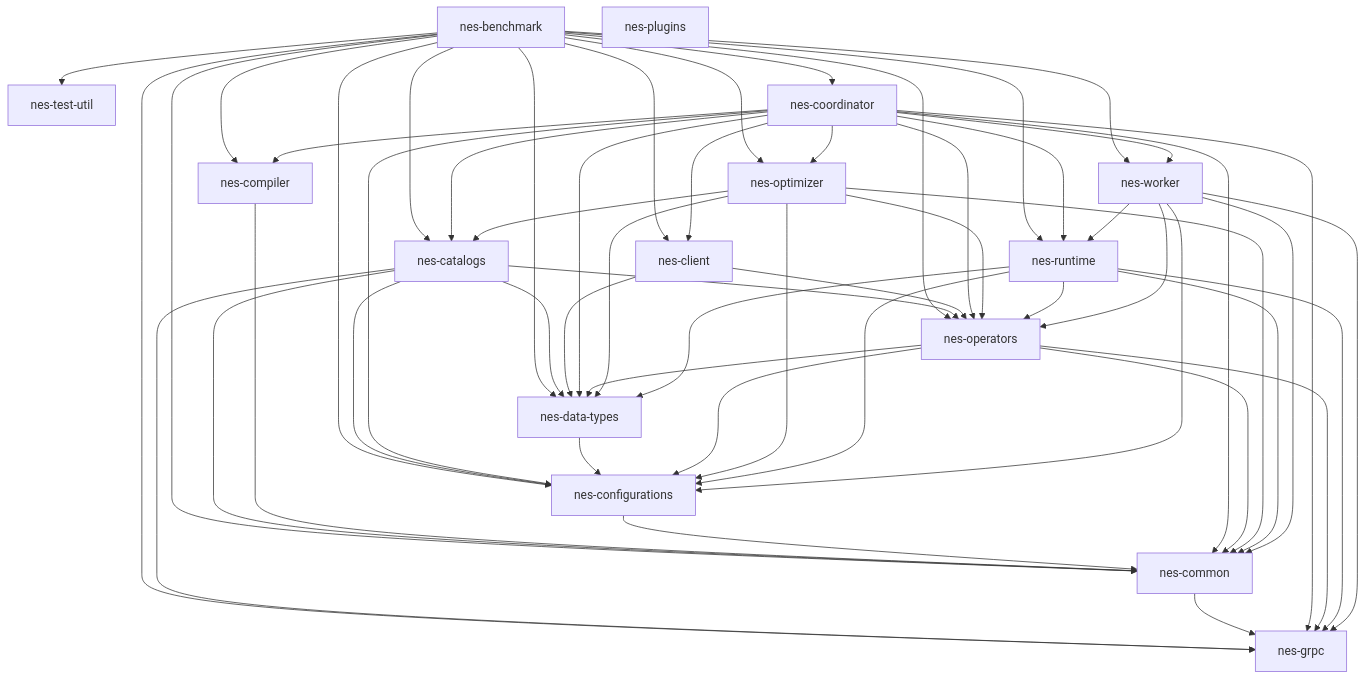
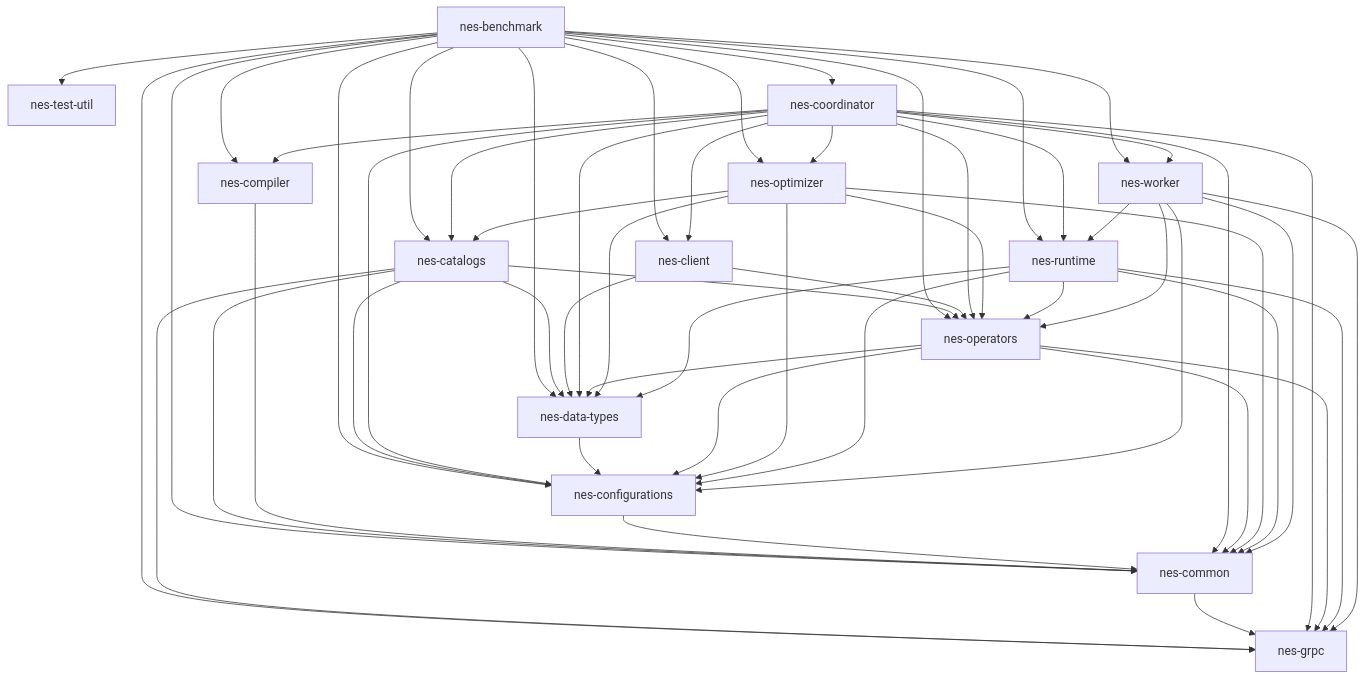
One commit to nebulastream/nebulastream changed the diagram in README.md. Above: the diagram before and after it, drawn with Mermaid. The commit also changed other lines of this file and 1107 other files, not shown here.

````diff
--- a/README.md
+++ b/README.md
@@ -42,58 +42,57 @@
 ```mermaid
 graph TD;
 nes-benchmark-->nes-common
 nes-benchmark-->nes-data-types
 nes-benchmark-->nes-operators
 nes-benchmark-->nes-grpc
 nes-benchmark-->nes-catalogs
 nes-benchmark-->nes-optimizer
 nes-benchmark-->nes-compiler
 nes-benchmark-->nes-runtime
 nes-benchmark-->nes-test-util
 nes-benchmark-->nes-client
 nes-benchmark-->nes-coordinator
 nes-benchmark-->nes-worker
 nes-benchmark-->nes-configurations
 nes-catalogs-->nes-common
 nes-catalogs-->nes-grpc
 nes-catalogs-->nes-data-types
 nes-catalogs-->nes-operators
 nes-catalogs-->nes-configurations
 nes-client-->nes-data-types
 nes-client-->nes-operators
 nes-common-->nes-grpc
 nes-compiler-->nes-common
 nes-configurations-->nes-common
 nes-coordinator-->nes-common
 nes-coordinator-->nes-grpc
 nes-coordinator-->nes-operators
 nes-coordinator-->nes-compiler
 nes-coordinator-->nes-catalogs
 nes-coordinator-->nes-runtime
 nes-coordinator-->nes-optimizer
 nes-coordinator-->nes-worker
 nes-coordinator-->nes-client
 nes-coordinator-->nes-data-types
 nes-coordinator-->nes-configurations
 nes-data-types-->nes-configurations
 nes-operators-->nes-common
 nes-operators-->nes-configurations
 nes-operators-->nes-data-types
 nes-operators-->nes-grpc
 nes-optimizer-->nes-common
 nes-optimizer-->nes-data-types
 nes-optimizer-->nes-configurations
 nes-optimizer-->nes-operators
 nes-optimizer-->nes-catalogs
-nes-plugins
 nes-runtime-->nes-common
 nes-runtime-->nes-grpc
 nes-runtime-->nes-data-types
 nes-runtime-->nes-operators
 nes-runtime-->nes-configurations
 nes-worker-->nes-common
 nes-worker-->nes-runtime
 nes-worker-->nes-grpc
 nes-worker-->nes-configurations
 nes-worker-->nes-operators
 ```
````
